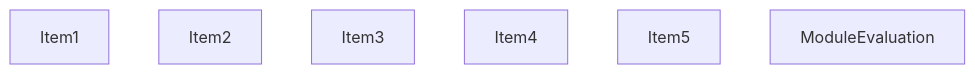
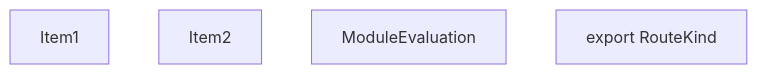
One commit to vercel/turborepo changed the first of 5 diagrams in crates/turbopack-ecmascript/tests/tree-shaker/analyzer/route-kind/output.md. Above: the diagram before and after it, drawn with Mermaid. The commit also changed other lines of this file, not shown here.

````diff
--- a/crates/turbopack-ecmascript/tests/tree-shaker/analyzer/route-kind/output.md
+++ b/crates/turbopack-ecmascript/tests/tree-shaker/analyzer/route-kind/output.md
@@ -69,10 +32,9 @@
 ```mermaid
 graph TD
     Item1;
     Item2;
     Item3;
+    Item3["ModuleEvaluation"];
     Item4;
-    Item5;
-    Item6;
-    Item6["ModuleEvaluation"];
+    Item4["export RouteKind"];
 ```
````
